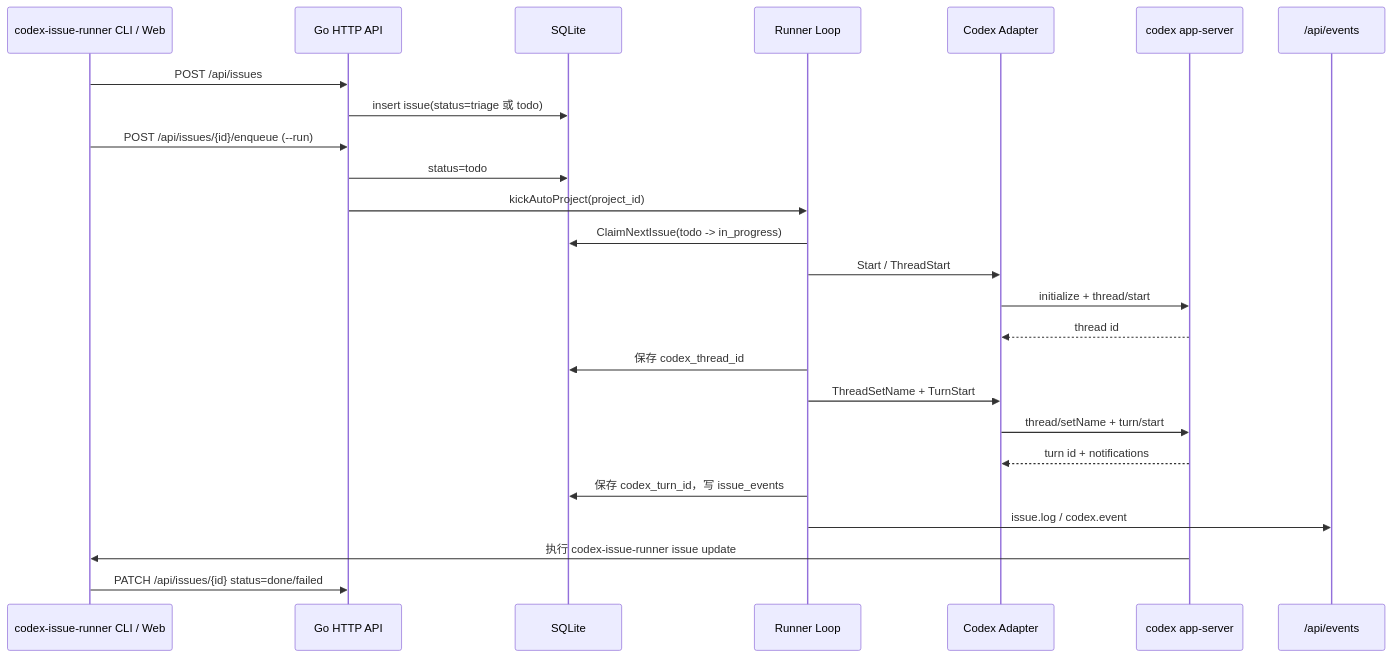
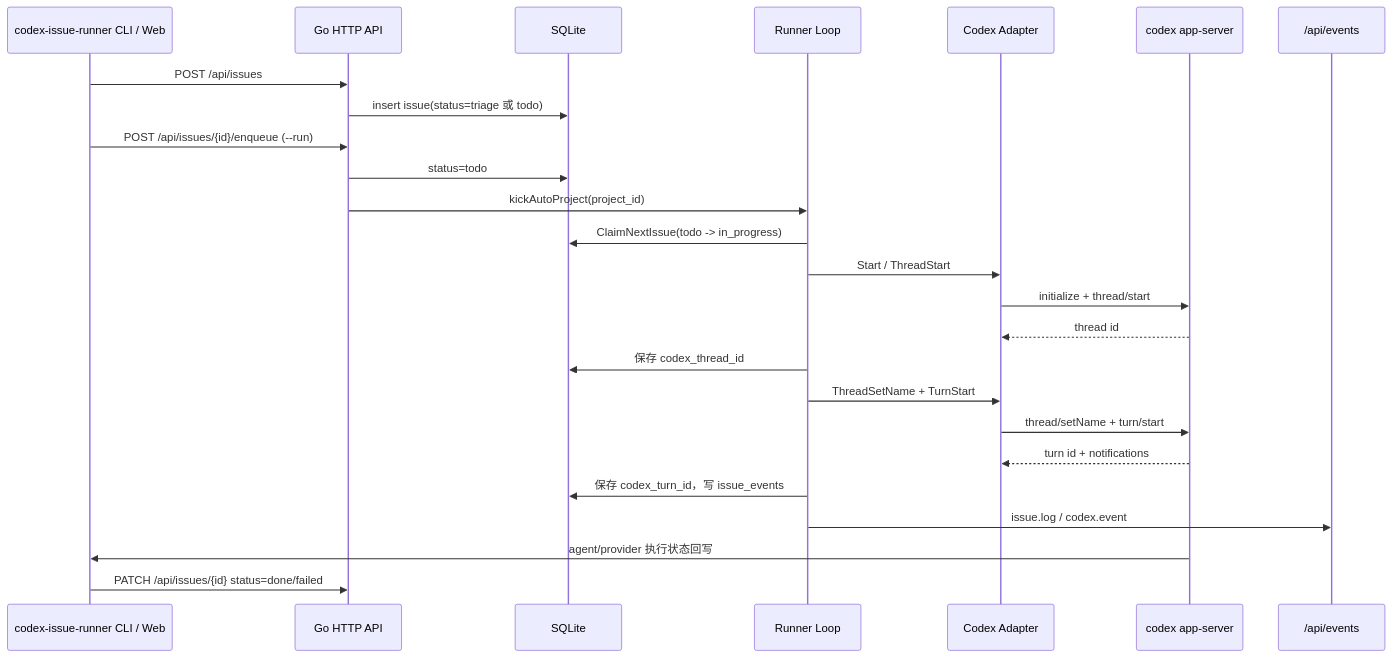
The diagram in docs/codex-integration.md (williamnie/xuanwu), drawn with Mermaid before and after one commit. The commit also changed other lines of this file and 4 other files, not shown here.

Commit message:
fix(issue): 抽象 provider 执行契约

````diff
--- a/docs/codex-integration.md
+++ b/docs/codex-integration.md
@@ -114,28 +114,28 @@
 ```mermaid
 sequenceDiagram
   participant CLI as codex-issue-runner CLI / Web
   participant API as Go HTTP API
   participant DB as SQLite
   participant Runner as Runner Loop
   participant Adapter as Codex Adapter
   participant Codex as codex app-server
   participant SSE as /api/events
 
   CLI->>API: POST /api/issues
   API->>DB: insert issue(status=triage 或 todo)
   CLI->>API: POST /api/issues/{id}/enqueue (--run)
   API->>DB: status=todo
   API->>Runner: kickAutoProject(project_id)
   Runner->>DB: ClaimNextIssue(todo -> in_progress)
   Runner->>Adapter: Start / ThreadStart
   Adapter->>Codex: initialize + thread/start
   Codex-->>Adapter: thread id
   Runner->>DB: 保存 codex_thread_id
   Runner->>Adapter: ThreadSetName + TurnStart
   Adapter->>Codex: thread/setName + turn/start
   Codex-->>Adapter: turn id + notifications
   Runner->>DB: 保存 codex_turn_id，写 issue_events
   Runner->>SSE: issue.log / codex.event
-  Codex->>CLI: 执行 codex-issue-runner issue update
+  Codex->>CLI: agent/provider 执行状态回写
   CLI->>API: PATCH /api/issues/{id} status=done/failed
 ```
````
